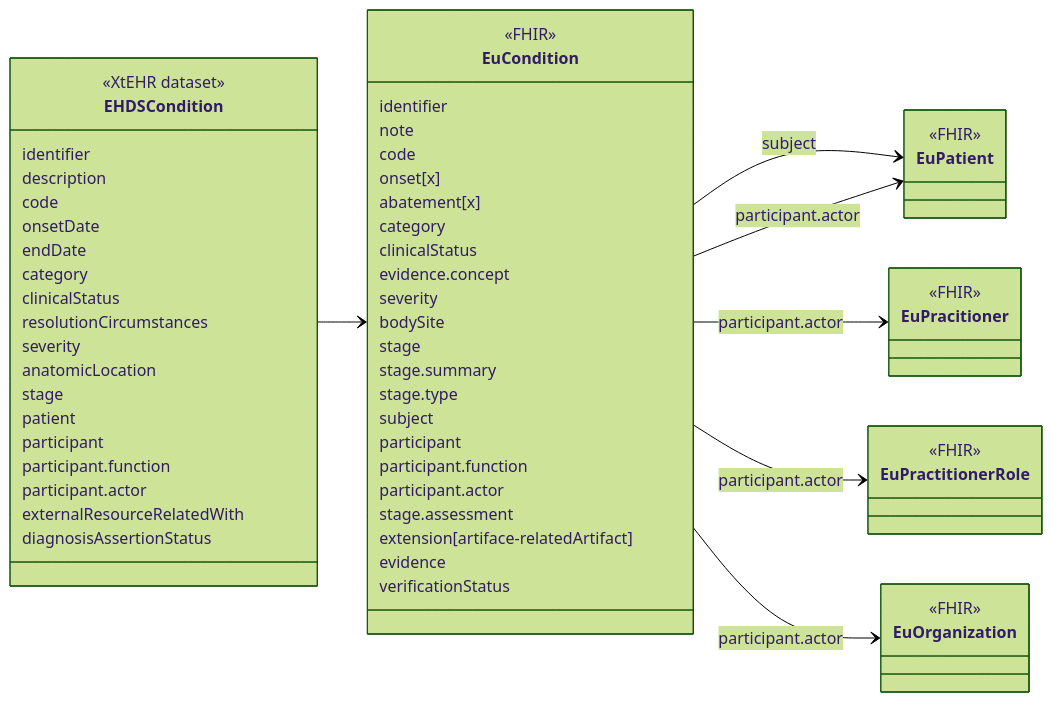
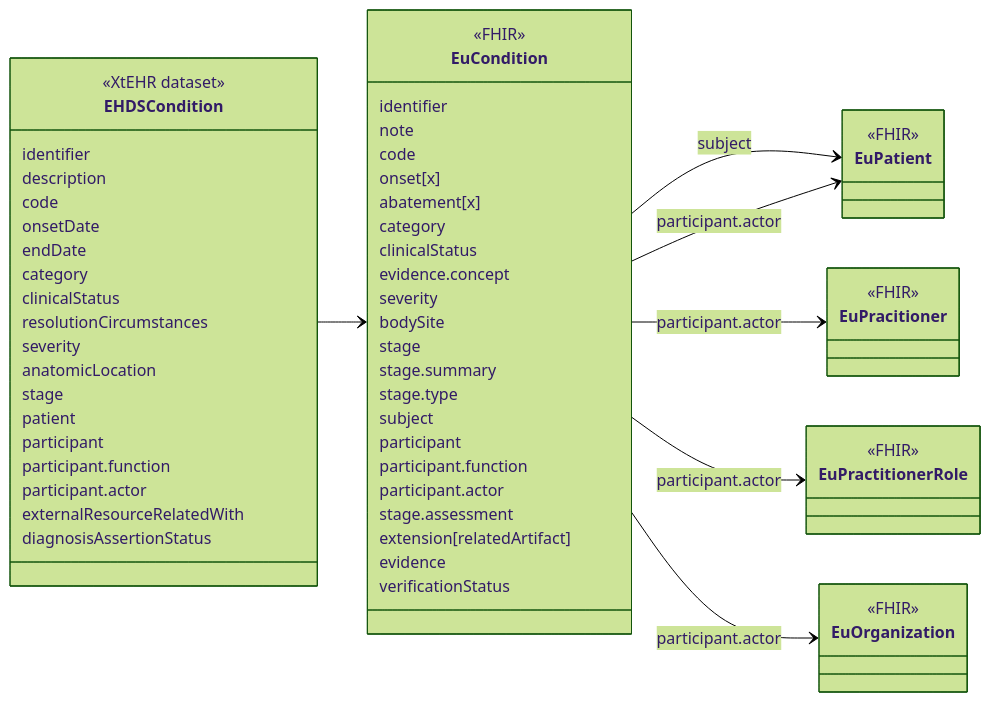
One commit to oijauregui/ehdsimaging changed the diagram in input/intro-notes/ConceptMap-EHDSConditionMap-intro.md. Above: the diagram before and after it, drawn with Mermaid (forest theme). The commit also changed 8 other files, not shown here.

Commit message:
Added related artifact extension to EuCondition

````diff
--- a/input/intro-notes/ConceptMap-EHDSConditionMap-intro.md
+++ b/input/intro-notes/ConceptMap-EHDSConditionMap-intro.md
@@ -5,71 +5,71 @@
 ```mermaid
 classDiagram
 direction LR
 class EHDSCondition {
   <<XtEHR dataset>>
   identifier
   description
   code
   onsetDate
   endDate
   category
   clinicalStatus
   resolutionCircumstances
   severity
   anatomicLocation
   stage
   patient
   participant
   participant.function
   participant.actor
   externalResourceRelatedWith
   diagnosisAssertionStatus
 }
 link EHDSCondition "https://build.fhir.org/ig/Xt-EHR/xt-ehr-common/StructureDefinition-EHDSCondition.html"
 class EuCondition{
   <<FHIR>>
   identifier
   note
   code
   onset[x]
   abatement[x]
   category
   clinicalStatus
   evidence.concept
   severity
   bodySite
   stage
   stage.summary
   stage.type
   subject
   participant
   participant.function
   participant.actor
   stage.assessment
-  extension[artiface-relatedArtifact]
+  extension[relatedArtifact]
   evidence
   verificationStatus
 }
 
 class EuPatient {
   <<FHIR>>
 }
 class EuPracitioner {
   <<FHIR>>
 }
 class  EuPractitionerRole {
   <<FHIR>>
 }
 class  EuPatient {
   <<FHIR>>
 }
 class  EuOrganization {
   <<FHIR>>
 }
 EHDSCondition --> EuCondition
 EuCondition --> EuPatient : subject
 EuCondition --> EuPracitioner : participant.actor
 EuCondition -->  EuPractitionerRole : participant.actor
 EuCondition -->  EuPatient : participant.actor
 EuCondition -->  EuOrganization : participant.actor
 ```
````
